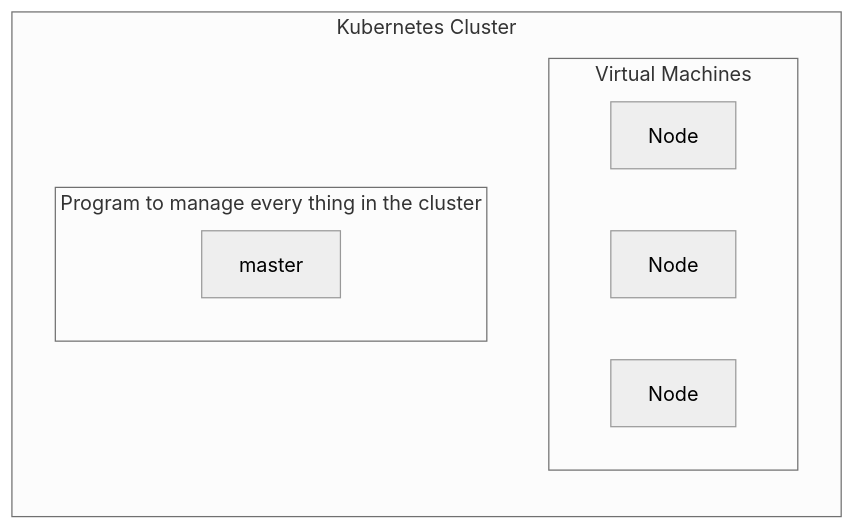
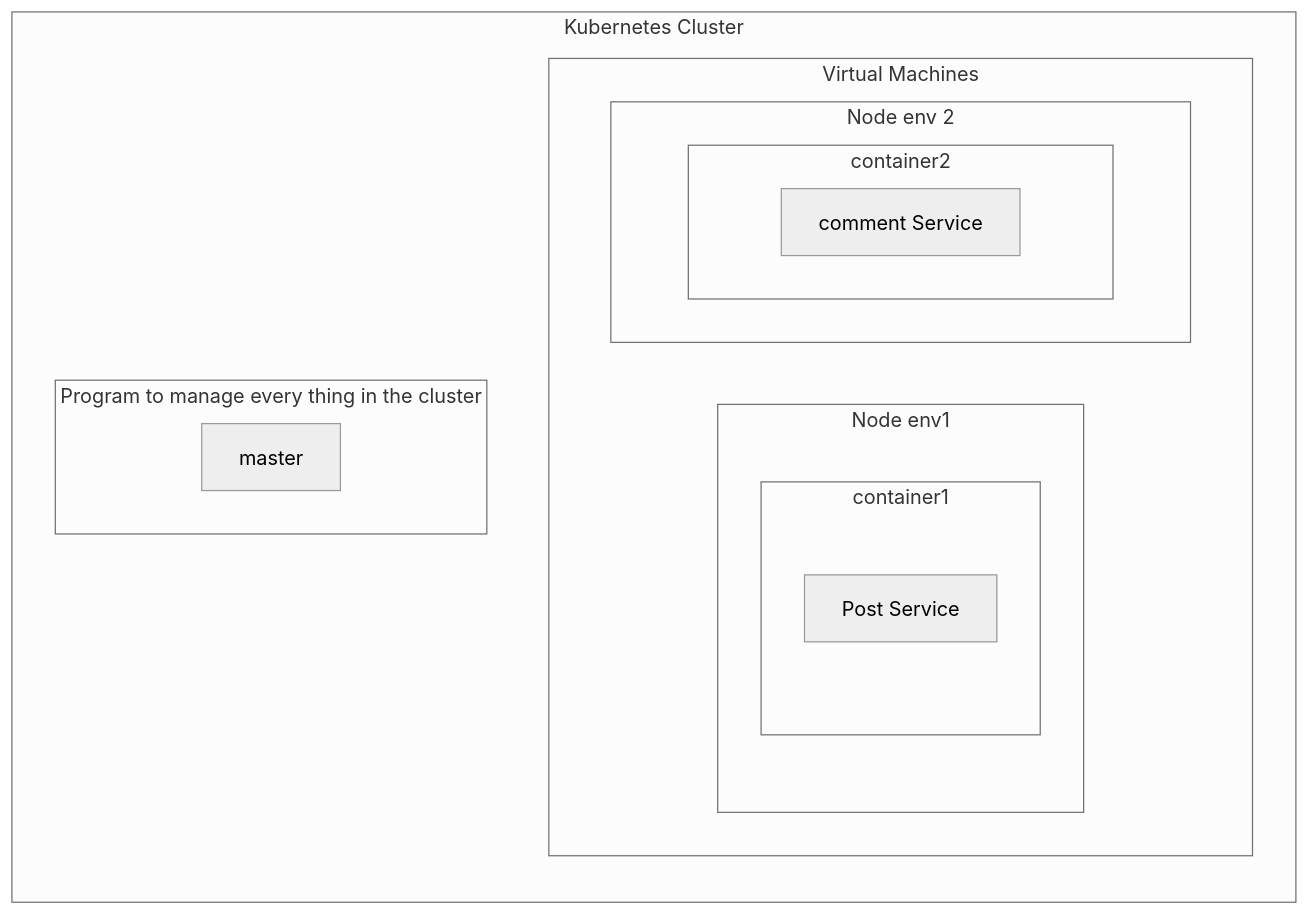
Before and after one commit to albin-joseph/nodejs-micro-service: the fourth of 4 diagrams in README.md, drawn with Mermaid (neutral theme).

````diff
--- a/README.md
+++ b/README.md
@@ -108,16 +108,23 @@
 ``` mermaid
     flowchart TB
         subgraph Kubernetes Cluster
         direction TB
             subgraph Virtual Machines
             direction LR
-            step1["Node"]
-            step2["Node"]
-            step3["Node"]
+                subgraph Node env1
+                    subgraph container1
+                    stepa["Post Service"]
+                    end
+                end
+                subgraph Node env 2
+                    subgraph container2
+                    stepb["comment Service"]
+                    end
+                end
             end
             
             subgraph Program to manage every thing in the cluster
             step4["master"]
             end
         end
 ```
````
